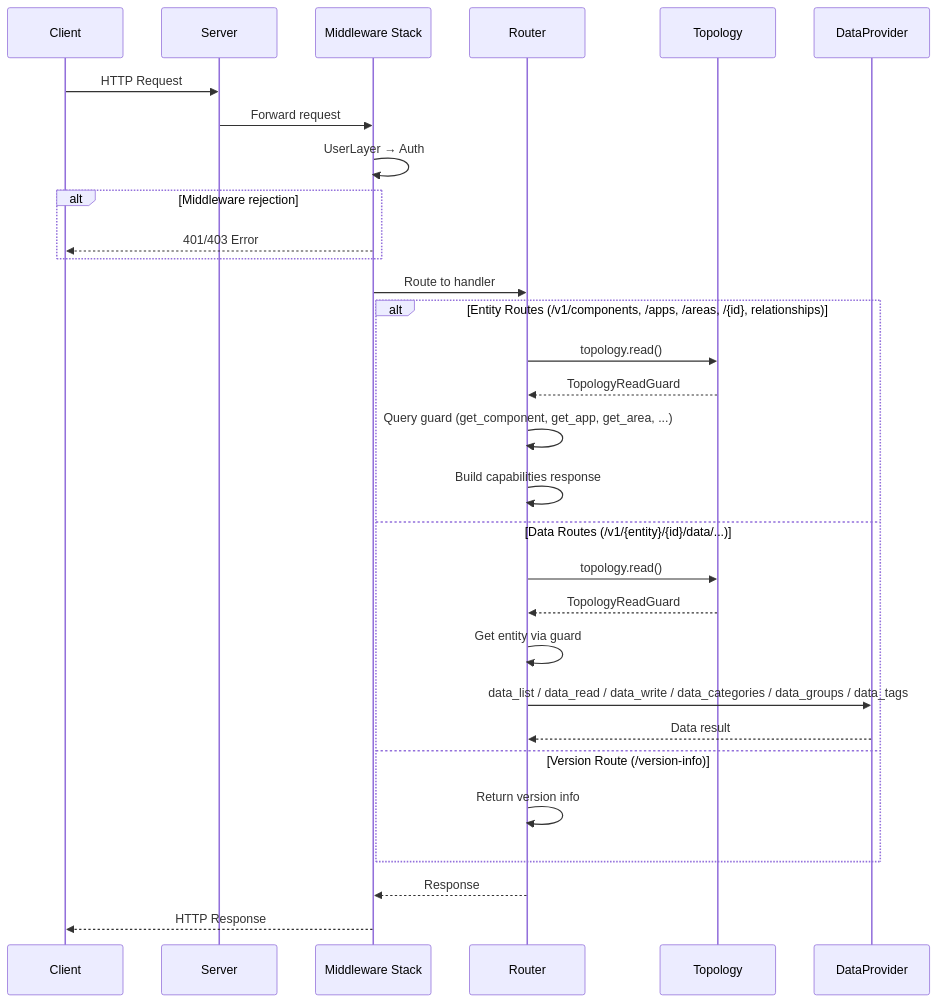
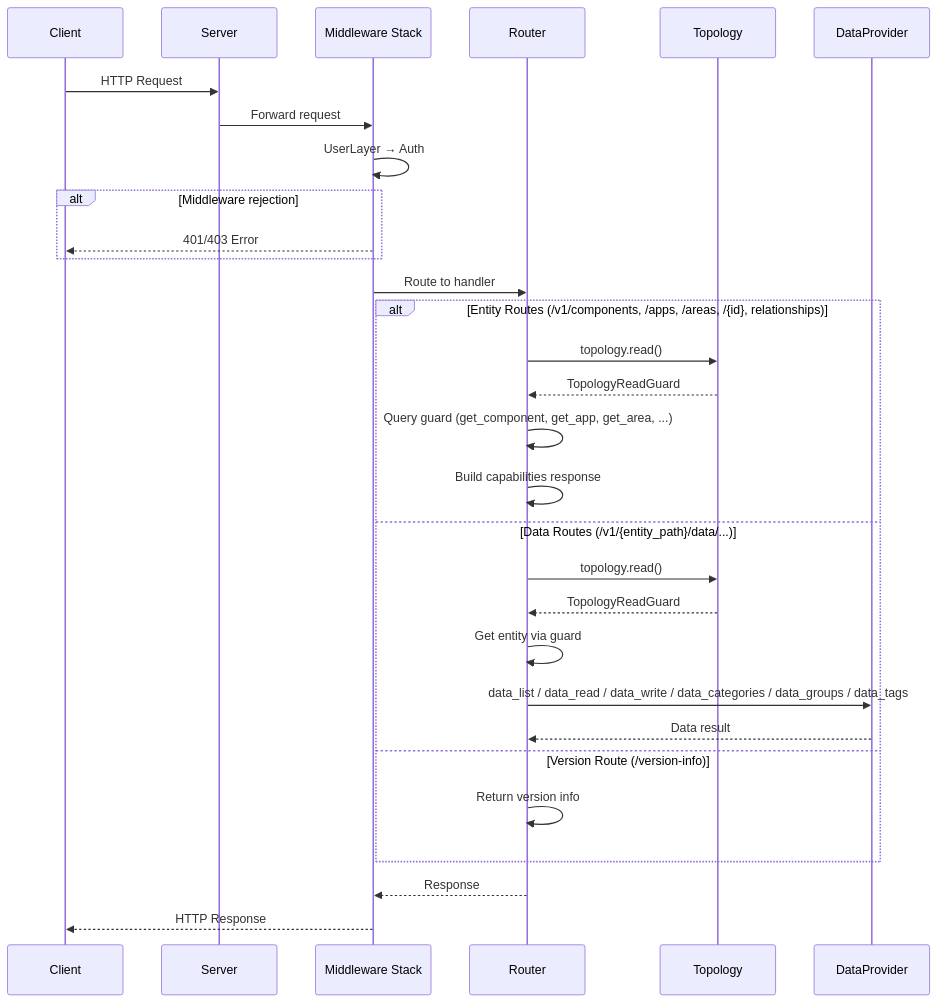
One commit to eclipse-opensovd/opensovd-core changed the second of 2 diagrams in docs/architecture.md. Above: the diagram before and after it, drawn with Mermaid. The commit also changed other lines of this file and 15 other files, not shown here.

````diff
--- a/docs/architecture.md
+++ b/docs/architecture.md
@@ -230,37 +230,37 @@
 ```mermaid
 sequenceDiagram
     participant C as Client
     participant S as Server
     participant MW as Middleware Stack
     participant R as Router
     participant Top as Topology
     participant DP as DataProvider
 
     C->>S: HTTP Request
     S->>MW: Forward request
     MW->>MW: UserLayer → Auth
 
     alt Middleware rejection
         MW-->>C: 401/403 Error
     end
 
     MW->>R: Route to handler
 
     alt Entity Routes (/v1/components, /apps, /areas, /{id}, relationships)
         R->>Top: topology.read()
         Top-->>R: TopologyReadGuard
         R->>R: Query guard (get_component, get_app, get_area, ...)
         R->>R: Build capabilities response
-    else Data Routes (/v1/{entity}/{id}/data/...)
+    else Data Routes (/v1/{entity_path}/data/...)
         R->>Top: topology.read()
         Top-->>R: TopologyReadGuard
         R->>R: Get entity via guard
         R->>DP: data_list / data_read / data_write / data_categories / data_groups / data_tags
         DP-->>R: Data result
     else Version Route (/version-info)
         R->>R: Return version info
     end
 
     R-->>MW: Response
     MW-->>C: HTTP Response
 ```
````
